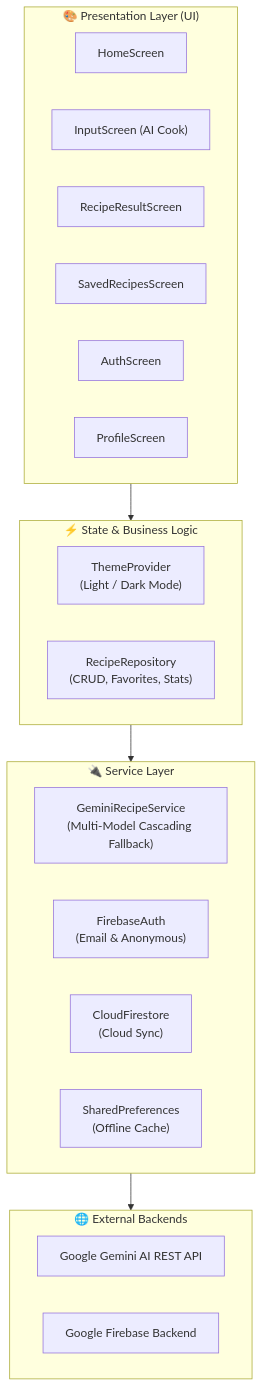
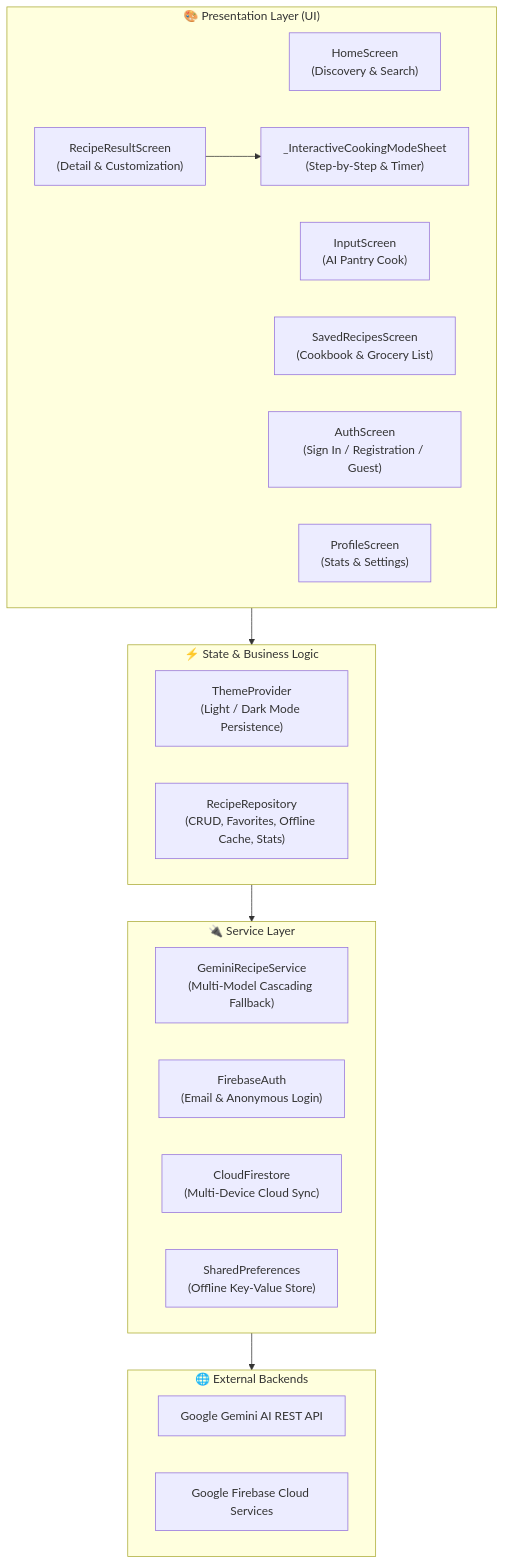
One commit to Abu-Sarfaraz/cooksmart changed the diagram in README.md. Above: the diagram before and after it, drawn with Mermaid. The commit also changed other lines of this file and 19 other files, not shown here.

````diff
--- a/README.md
+++ b/README.md
@@ -73,32 +168,34 @@
 ```mermaid
 flowchart TD
     subgraph UI ["🎨 Presentation Layer (UI)"]
-        HomeScreen["HomeScreen"]
-        InputScreen["InputScreen (AI Cook)"]
-        RecipeResultScreen["RecipeResultScreen"]
-        SavedRecipesScreen["SavedRecipesScreen"]
-        AuthScreen["AuthScreen"]
-        ProfileScreen["ProfileScreen"]
+        HomeScreen["HomeScreen\n(Discovery & Search)"]
+        InputScreen["InputScreen\n(AI Pantry Cook)"]
+        RecipeResultScreen["RecipeResultScreen\n(Detail & Customization)"]
+        GuidedMode["_InteractiveCookingModeSheet\n(Step-by-Step & Timer)"]
+        SavedRecipesScreen["SavedRecipesScreen\n(Cookbook & Grocery List)"]
+        AuthScreen["AuthScreen\n(Sign In / Registration / Guest)"]
+        ProfileScreen["ProfileScreen\n(Stats & Settings)"]
     end
 
     subgraph State ["⚡ State & Business Logic"]
-        ThemeProvider["ThemeProvider\n(Light / Dark Mode)"]
-        RecipeRepo["RecipeRepository\n(CRUD, Favorites, Stats)"]
+        ThemeProvider["ThemeProvider\n(Light / Dark Mode Persistence)"]
+        RecipeRepo["RecipeRepository\n(CRUD, Favorites, Offline Cache, Stats)"]
     end
 
     subgraph Services ["🔌 Service Layer"]
         GeminiService["GeminiRecipeService\n(Multi-Model Cascading Fallback)"]
-        FirebaseAuthService["FirebaseAuth\n(Email & Anonymous)"]
-        FirestoreService["CloudFirestore\n(Cloud Sync)"]
-        LocalCache["SharedPreferences\n(Offline Cache)"]
+        FirebaseAuthService["FirebaseAuth\n(Email & Anonymous Login)"]
+        FirestoreService["CloudFirestore\n(Multi-Device Cloud Sync)"]
+        LocalCache["SharedPreferences\n(Offline Key-Value Store)"]
     end
 
     subgraph External ["🌐 External Backends"]
         GeminiAPI["Google Gemini AI REST API"]
-        FirebaseBackend["Google Firebase Backend"]
+        FirebaseBackend["Google Firebase Cloud Services"]
     end
 
     UI --> State
     State --> Services
     Services --> External
+    RecipeResultScreen --> GuidedMode
 ```
````
